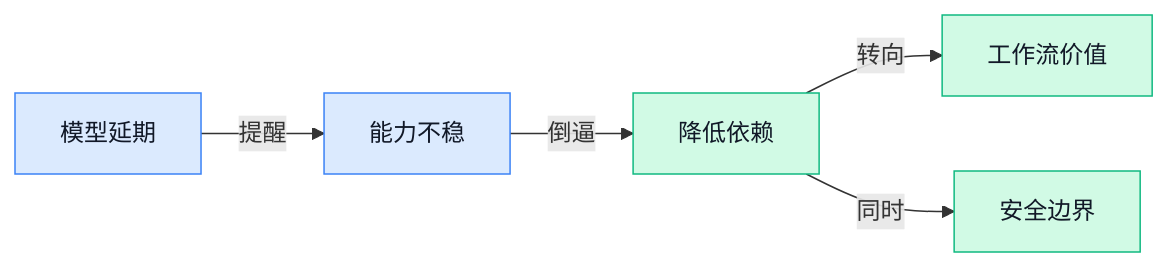
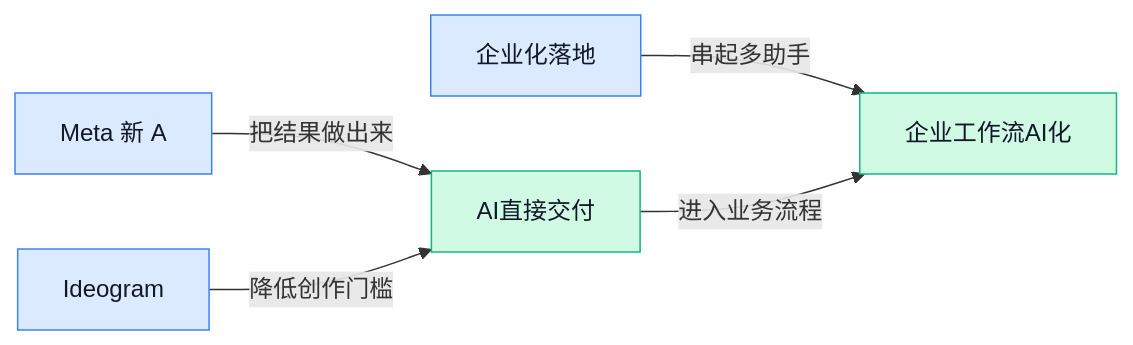
One commit to zhuxinfei/ai-daily-site changed the diagram in content/cn/2026/2026-06/2026-06-04.md. Above: the diagram before and after it, drawn with Mermaid. The commit also changed other lines of this file and 2 other files, not shown here.

````diff
--- a/content/cn/2026/2026-06/2026-06-04.md
+++ b/content/cn/2026/2026-06/2026-06-04.md
@@ -134,11 +134,11 @@
 ```mermaid
 graph LR
-  A[模型延期] -->|提醒| B[能力不稳]
-  B -->|倒逼| C[降低依赖]
-  C -->|转向| D[工作流价值]
-  C -->|同时| E[安全边界]
-  classDef blue fill:#dbeafe,stroke:#3b82f6,color:#111827
-  classDef green fill:#d1fae5,stroke:#10b981,color:#111827
-  class A,B blue
-  class C,D,E green
+A[Meta 新 A] -->|把结果做出来| D[AI直接交付]
+B[Ideogram] -->|降低创作门槛| D
+C[企业化落地] -->|串起多助手| E[企业工作流AI化]
+ D -->|进入业务流程| E
+classDef blue fill:#dbeafe,stroke:#3b82f6,color:#111827
+classDef green fill:#d1fae5,stroke:#10b981,color:#111827
+class A,B,C blue
+class D,E green
 ```
````
